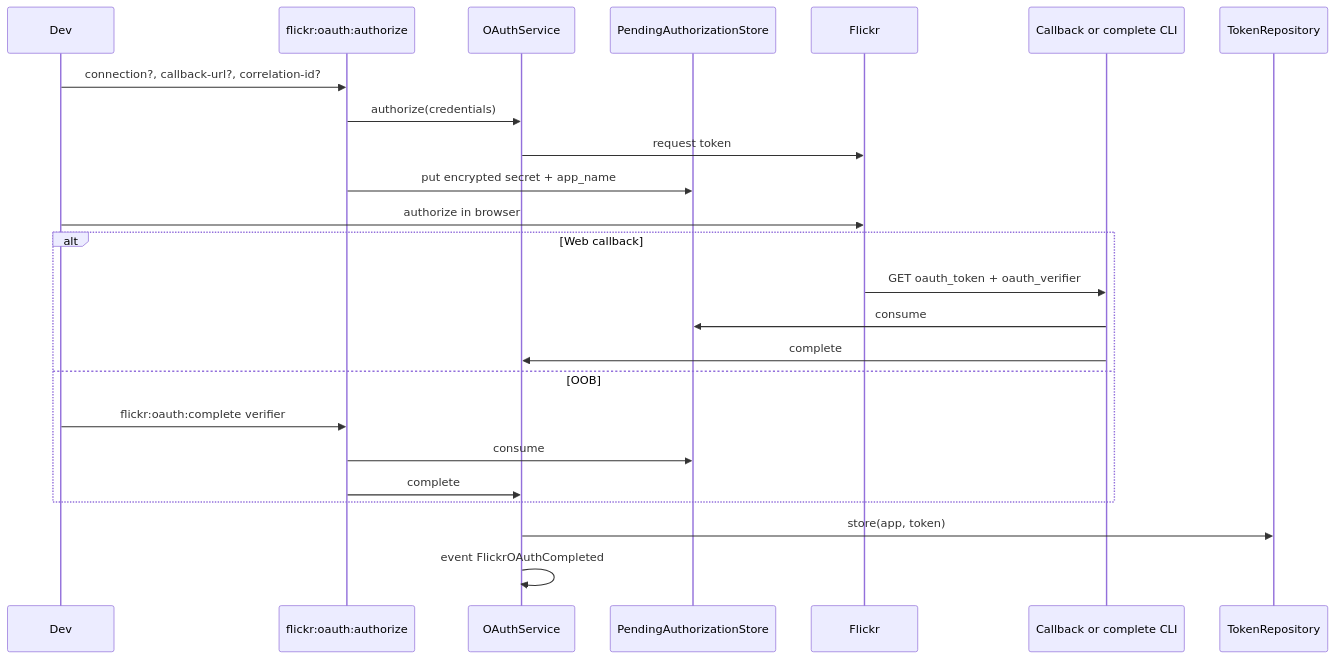
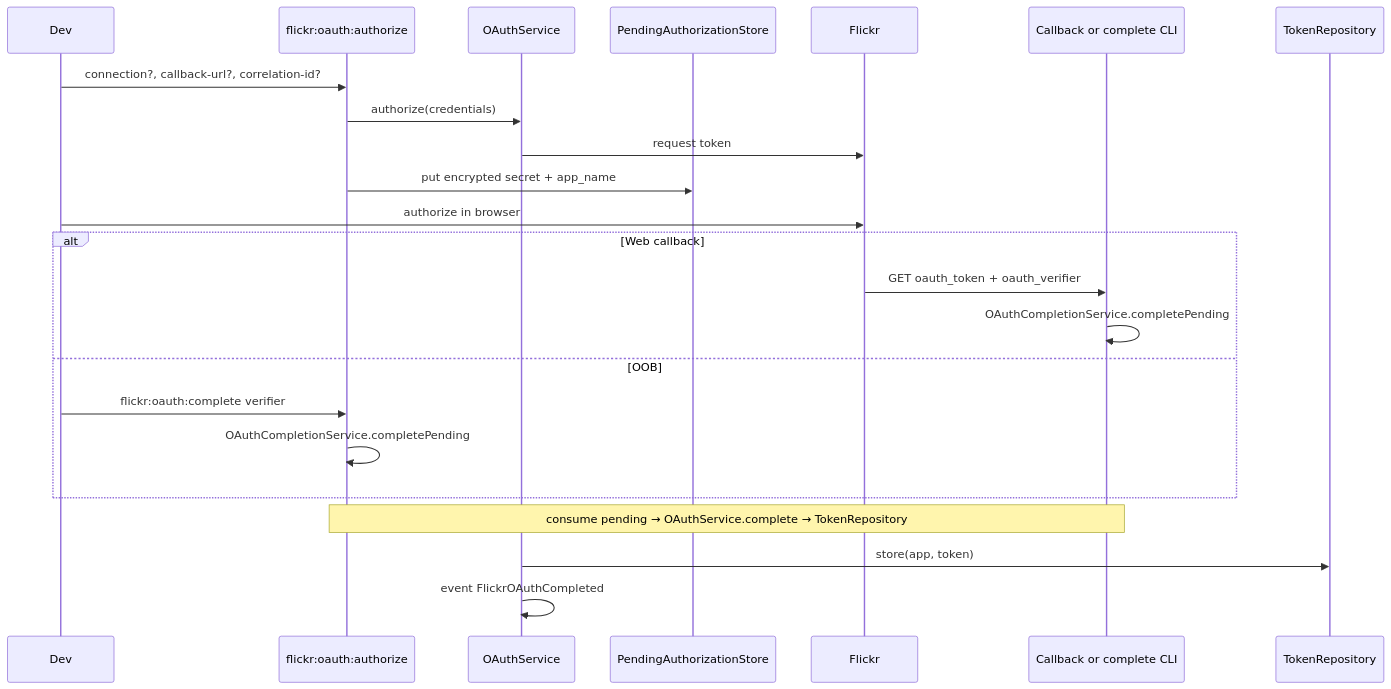
One commit to jooservices/laravel-flickr changed the third of 3 diagrams in docs/00-architecture/03-flows.md. Above: the diagram before and after it, drawn with Mermaid. The commit also changed other lines of this file and 69 other files, not shown here.

````diff
--- a/docs/00-architecture/03-flows.md
+++ b/docs/00-architecture/03-flows.md
@@ -53,27 +58,26 @@
 ```mermaid
 sequenceDiagram
   participant Dev
   participant CLI as flickr:oauth:authorize
   participant OAuth as OAuthService
   participant Pending as PendingAuthorizationStore
   participant Flickr
   participant CB as Callback or complete CLI
   participant Tokens as TokenRepository
 
   Dev->>CLI: connection?, callback-url?, correlation-id?
   CLI->>OAuth: authorize(credentials)
   OAuth->>Flickr: request token
   CLI->>Pending: put encrypted secret + app_name
   Dev->>Flickr: authorize in browser
   alt Web callback
     Flickr->>CB: GET oauth_token + oauth_verifier
-    CB->>Pending: consume
-    CB->>OAuth: complete
+    CB->>CB: OAuthCompletionService.completePending
   else OOB
     Dev->>CLI: flickr:oauth:complete verifier
-    CLI->>Pending: consume
-    CLI->>OAuth: complete
+    CLI->>CLI: OAuthCompletionService.completePending
   end
+  Note over CB,CLI: consume pending → OAuthService.complete → TokenRepository
   OAuth->>Tokens: store(app, token)
   OAuth->>OAuth: event FlickrOAuthCompleted
 ```
````
